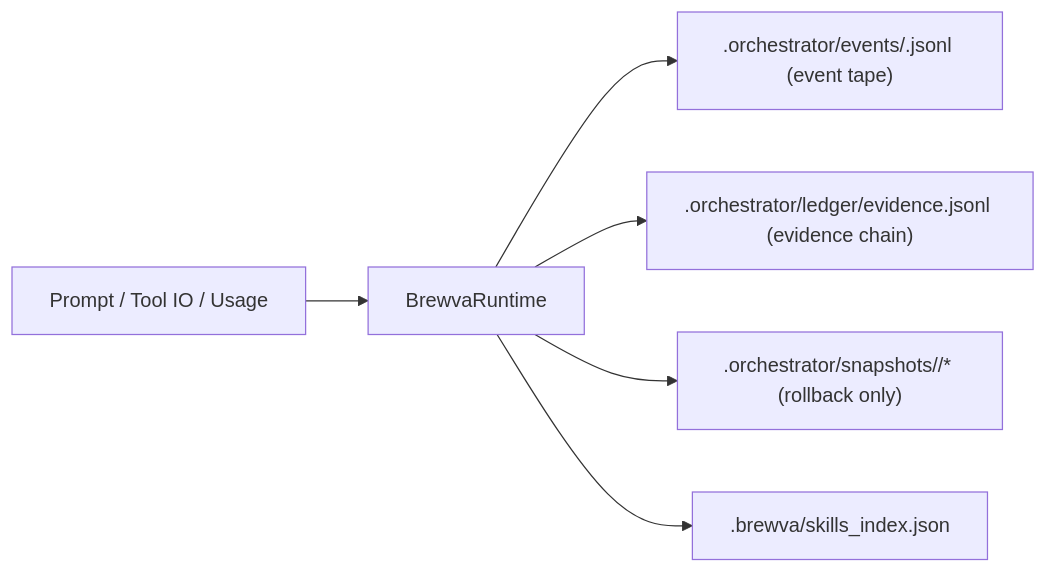
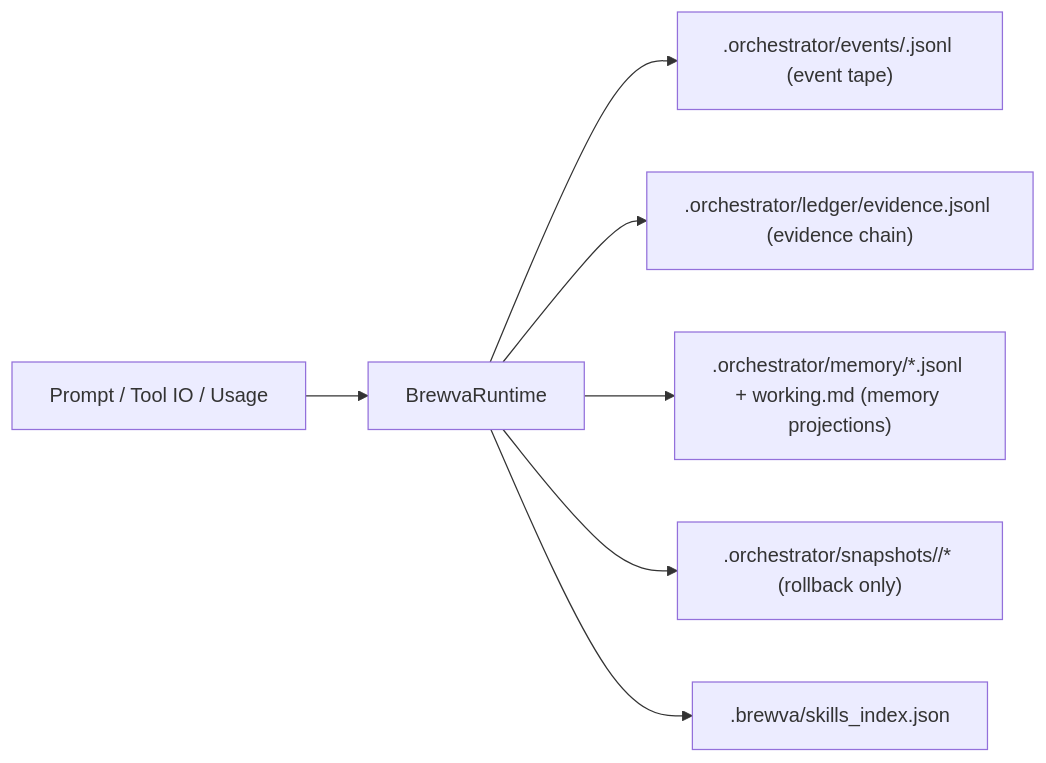
Before and after one commit to arcthur/pi-roaster: the third of 6 diagrams in docs/architecture/control-and-data-flow.md, drawn with Mermaid. The commit also changed other lines of this file and 39 other files, not shown here.

````diff
--- a/docs/architecture/control-and-data-flow.md
+++ b/docs/architecture/control-and-data-flow.md
@@ -52,8 +60,9 @@
 ```mermaid
 flowchart LR
   INPUT["Prompt / Tool IO / Usage"] --> RT["BrewvaRuntime"]
   RT --> EVENTS[".orchestrator/events/<session>.jsonl (event tape)"]
   RT --> LEDGER[".orchestrator/ledger/evidence.jsonl (evidence chain)"]
+  RT --> MEMORY[".orchestrator/memory/*.jsonl + working.md (memory projections)"]
   RT --> SNAP[".orchestrator/snapshots/<session>/* (rollback only)"]
   RT --> INDEX[".brewva/skills_index.json"]
 ```
````
